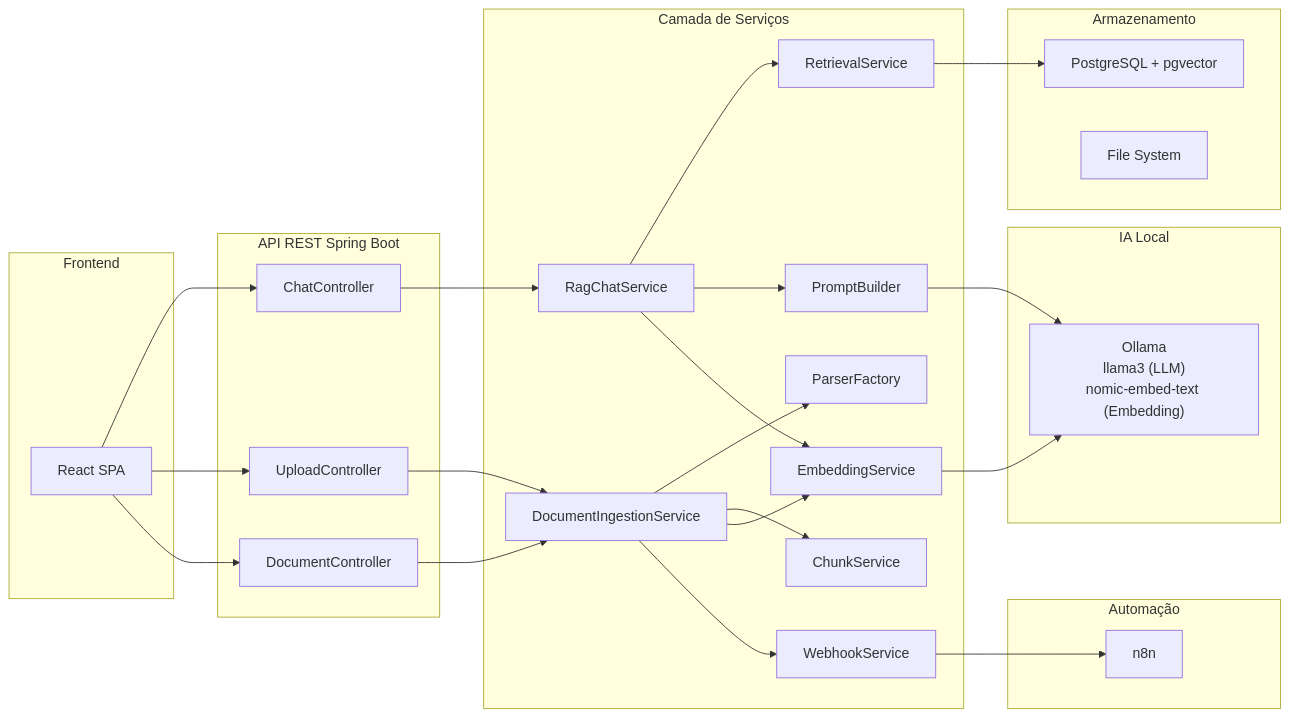
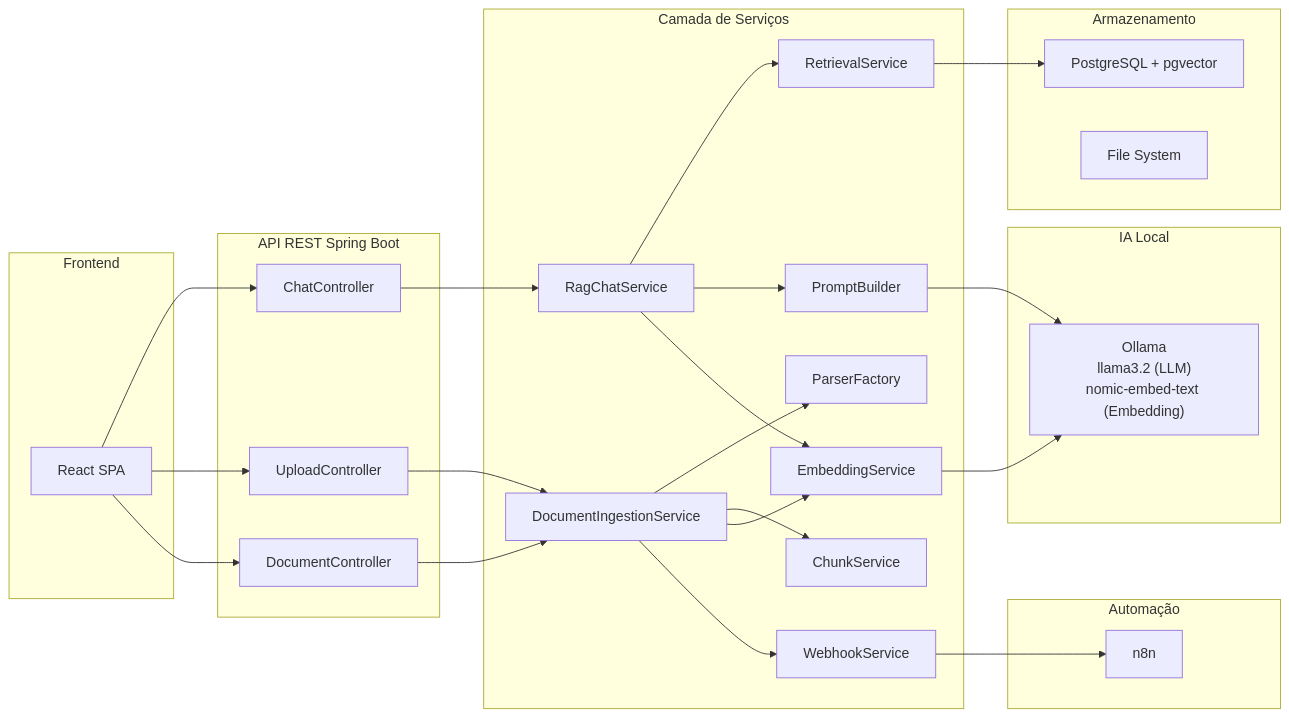
The second of 9 diagrams in doc/SYSTEM_DOCS_BACKEND.md (raylaferreira-coder/API_IA), drawn with Mermaid before and after one commit. The commit also changed other lines of this file and 69 other files, not shown here.

````diff
--- a/doc/SYSTEM_DOCS_BACKEND.md
+++ b/doc/SYSTEM_DOCS_BACKEND.md
@@ -119,59 +119,59 @@
 ```mermaid
 flowchart LR
     subgraph Front["Frontend"]
         REACT["React SPA"]
     end
 
     subgraph API["API REST Spring Boot"]
         CC["ChatController"]
         DC["DocumentController"]
         UC["UploadController"]
     end
 
     subgraph Services["Camada de Serviços"]
         RAG["RagChatService"]
         DIS["DocumentIngestionService"]
         RS["RetrievalService"]
         ES["EmbeddingService"]
         CS["ChunkService"]
         PS["ParserFactory"]
         WS["WebhookService"]
         PB["PromptBuilder"]
     end
 
     subgraph Store["Armazenamento"]
         PGV["PostgreSQL + pgvector"]
         FS["File System"]
     end
 
     subgraph AI["IA Local"]
-        OLLAMA["Ollama<br/>llama3 (LLM)<br/>nomic-embed-text (Embedding)"]
+        OLLAMA["Ollama<br/>llama3.2 (LLM)<br/>nomic-embed-text (Embedding)"]
     end
 
     subgraph N8N["Automação"]
         N8N_SRV["n8n"]
     end
 
     REACT --> CC
     REACT --> UC
     REACT --> DC
 
     CC --> RAG
     DC --> DIS
     UC --> DIS
 
     RAG --> RS
     RAG --> PB
     RAG --> ES
 
     DIS --> PS
     DIS --> CS
     DIS --> ES
     DIS --> WS
 
     RS --> PGV
     ES --> OLLAMA
     PB --> OLLAMA
 
     WS --> N8N_SRV
 ```
````
